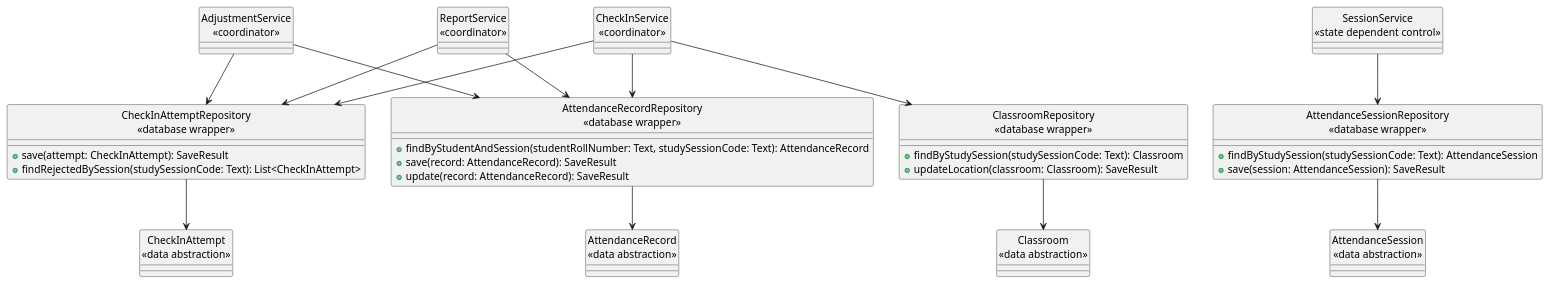
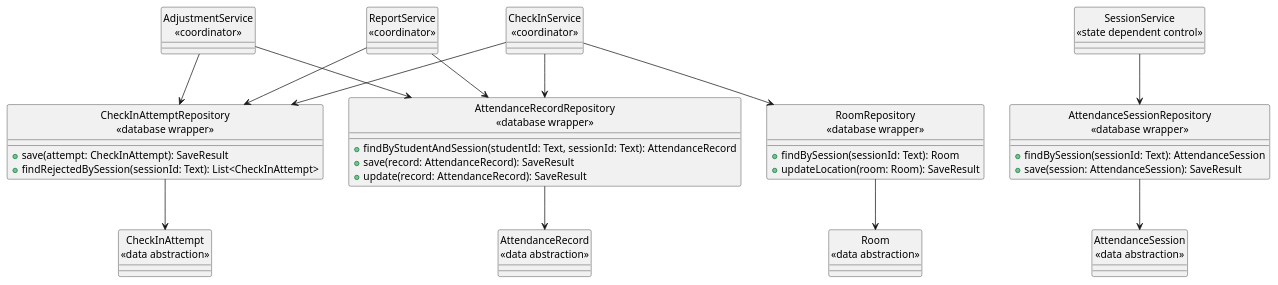
One commit to nttung42/SWD392 changed the seventh of 7 diagrams in docs/sds/3_Design.md. Above: the diagram before and after it, drawn with PlantUML. The commit also changed other lines of this file and 2 other files, not shown here.

Commit message:
fix data dictionary #2

````diff
--- a/docs/sds/3_Design.md
+++ b/docs/sds/3_Design.md
@@ -896,48 +896,48 @@
 ```plantuml
 @startuml
 skinparam style strictuml
 
 class "CheckInService\n«coordinator»" as CheckInService
 class "SessionService\n«state dependent control»" as SessionService
 class "ReportService\n«coordinator»" as ReportService
 class "AdjustmentService\n«coordinator»" as AdjustmentService
 
 class "AttendanceRecord\n«data abstraction»" as AttendanceRecord
 class "CheckInAttempt\n«data abstraction»" as CheckInAttempt
 class "AttendanceSession\n«data abstraction»" as AttendanceSession
-class "Classroom\n«data abstraction»" as Classroom
+class "Room\n«data abstraction»" as Room
 class "AttendanceRecordRepository\n«database wrapper»" as AttendanceRecordRepo {
-  +findByStudentAndSession(studentRollNumber: Text, studySessionCode: Text): AttendanceRecord
+  +findByStudentAndSession(studentId: Text, sessionId: Text): AttendanceRecord
   +save(record: AttendanceRecord): SaveResult
   +update(record: AttendanceRecord): SaveResult
 }
 
 class "CheckInAttemptRepository\n«database wrapper»" as AttemptRepo {
   +save(attempt: CheckInAttempt): SaveResult
-  +findRejectedBySession(studySessionCode: Text): List<CheckInAttempt>
+  +findRejectedBySession(sessionId: Text): List<CheckInAttempt>
 }
 
 class "AttendanceSessionRepository\n«database wrapper»" as SessionRepo {
-  +findByStudySession(studySessionCode: Text): AttendanceSession
+  +findBySession(sessionId: Text): AttendanceSession
   +save(session: AttendanceSession): SaveResult
 }
 
-class "ClassroomRepository\n«database wrapper»" as ClassroomRepo {
-  +findByStudySession(studySessionCode: Text): Classroom
-  +updateLocation(classroom: Classroom): SaveResult
+class "RoomRepository\n«database wrapper»" as RoomRepo {
+  +findBySession(sessionId: Text): Room
+  +updateLocation(room: Room): SaveResult
 }
 
 CheckInService --> AttendanceRecordRepo
 CheckInService --> AttemptRepo
-CheckInService --> ClassroomRepo
+CheckInService --> RoomRepo
 SessionService --> SessionRepo
 ReportService --> AttendanceRecordRepo
 ReportService --> AttemptRepo
 AdjustmentService --> AttendanceRecordRepo
 AdjustmentService --> AttemptRepo
 AttendanceRecordRepo --> AttendanceRecord
 AttemptRepo --> CheckInAttempt
 SessionRepo --> AttendanceSession
-ClassroomRepo --> Classroom
+RoomRepo --> Room
 @enduml
 ```
````
